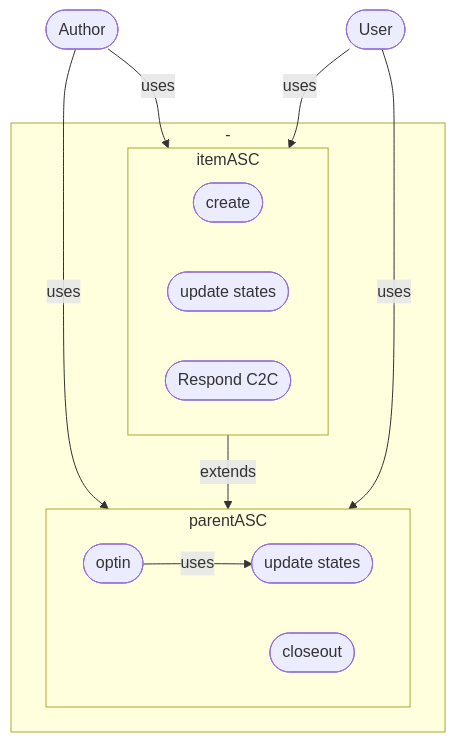
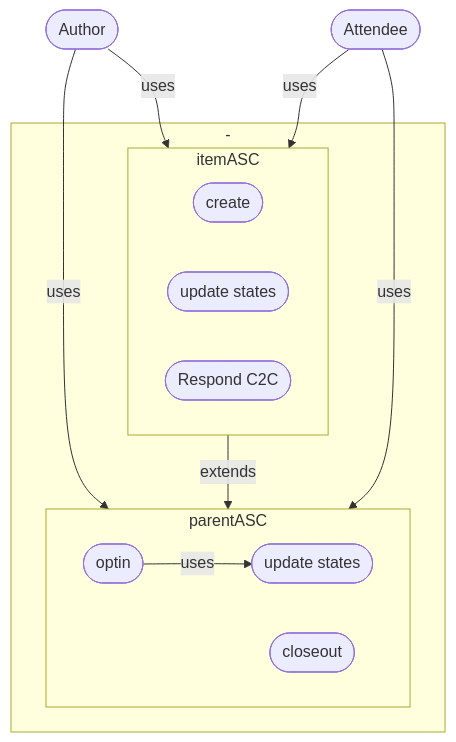
Before and after one commit to GoPlausible/.github: the tenth of 10 diagrams in profile/README.md, drawn with Mermaid. The commit also changed other lines of this file, not shown here.

````diff
--- a/profile/README.md
+++ b/profile/README.md
@@ -349,27 +349,27 @@
 ```mermaid
   flowchart TB
     id1([Author]) --uses--> parentASC
     id1([Author]) --uses--> itemASC
-    id2([User]) --uses--> itemASC 
-    id2([User]) --uses--> parentASC 
+    id2([Attendee]) --uses--> itemASC 
+    id2([Attendee]) --uses--> parentASC 
 
     subgraph -
 
       subgraph parentASC
       id6([optin])--uses-->id7([update states]) 
       
       id9([closeout])
       end
       subgraph itemASC
       id8([create]) 
       id9([optin]) 
       id10([update states])
       id13([Respond C2C])
       id9([closeout]) 
       end
     end 
    
 
     itemASC --extends--> parentASC
 
 ```
````
